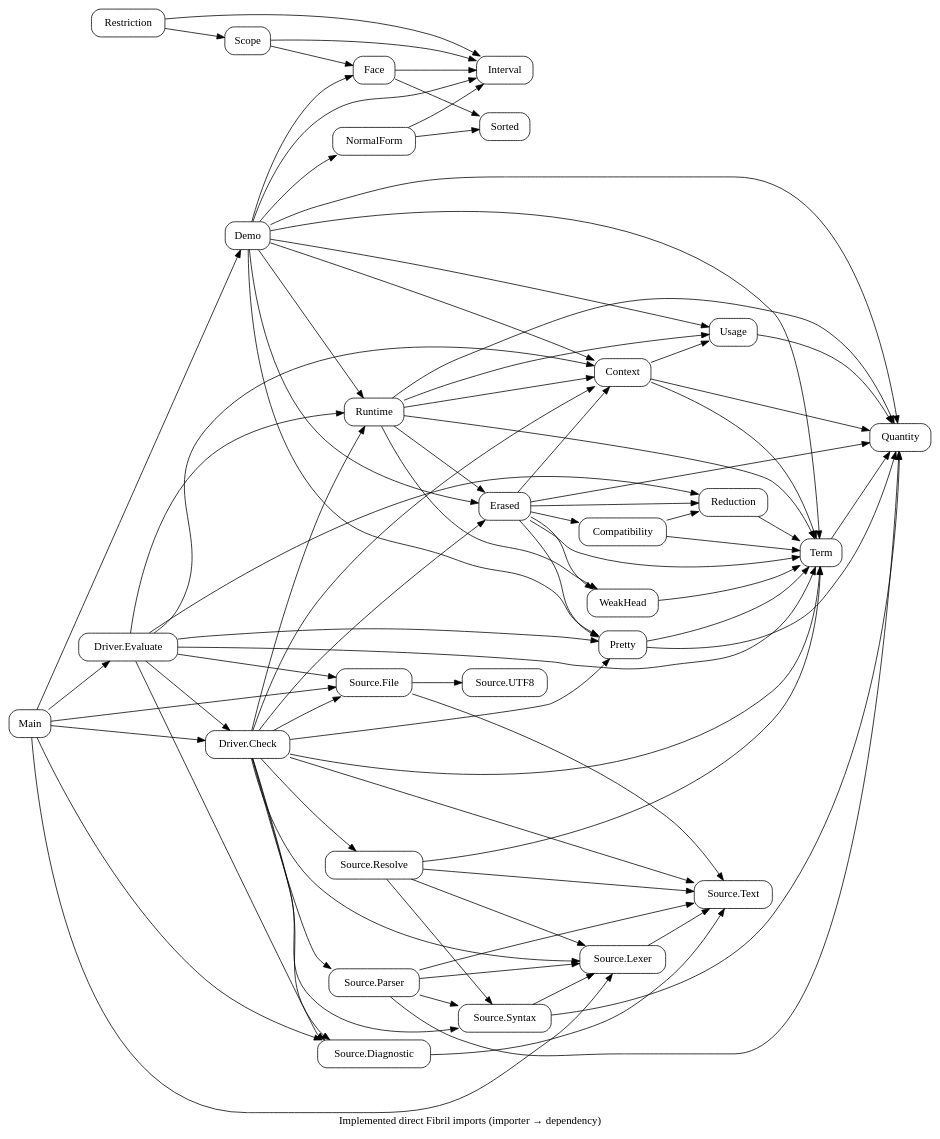
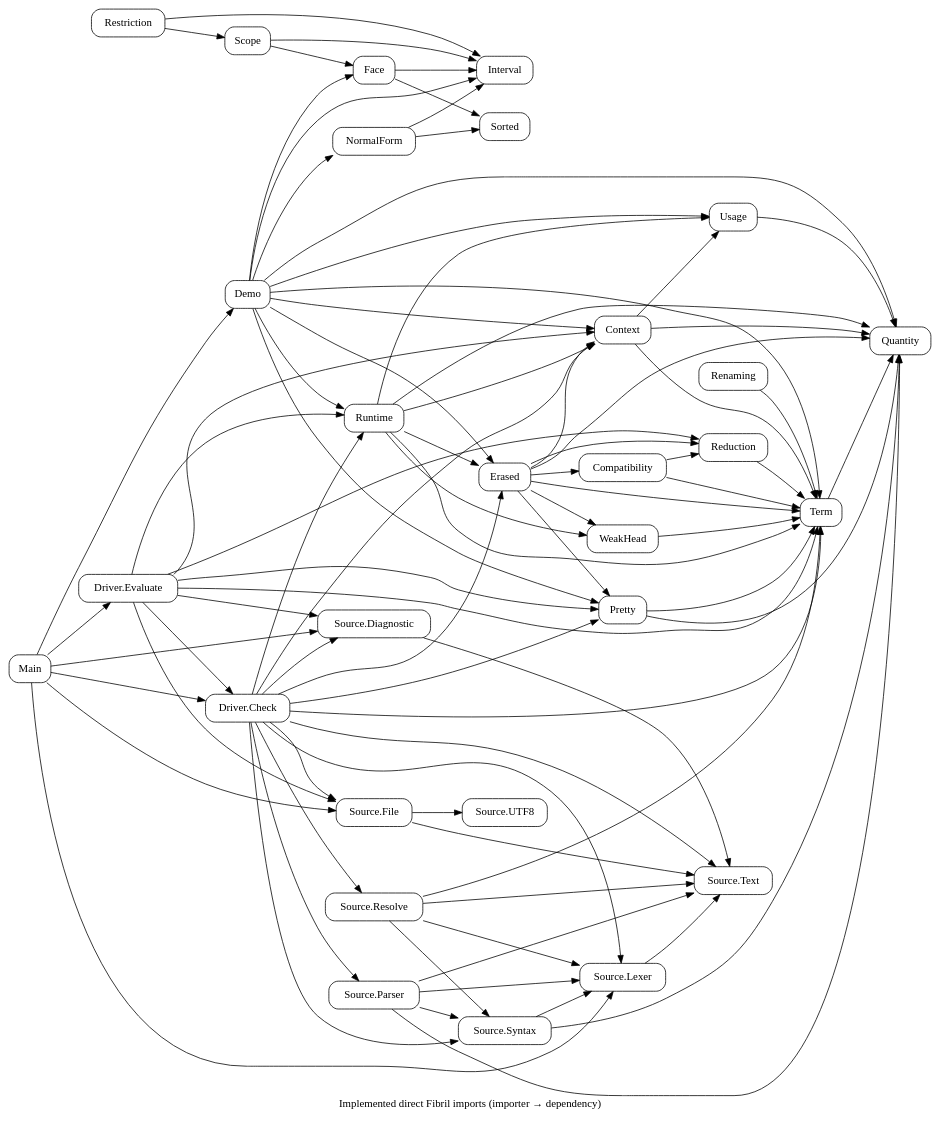
Before and after one commit to odunboye/fibril: the diagram in docs/diagrams/modules.dot, drawn with Graphviz. The commit also changed 15 other files, not shown here.

```diff
--- a/docs/diagrams/modules.dot
+++ b/docs/diagrams/modules.dot
@@ -1,25 +1,26 @@
 digraph Modules {
 rankdir=LR; node [shape=box,style=rounded];
 "Source.File" -> {"Source.UTF8" "Source.Text"};
 Main -> {"Source.File" "Source.Lexer" "Source.Diagnostic"};
 "Source.Diagnostic" -> "Source.Text";
 "Source.Lexer" -> "Source.Text";
 "Source.Syntax" -> {Quantity "Source.Lexer"};
 "Source.Parser" -> {Quantity "Source.Text" "Source.Lexer" "Source.Syntax"};
 "Source.Resolve" -> {Term "Source.Text" "Source.Lexer" "Source.Syntax"};
 "Driver.Check" -> {"Source.Text" "Source.Lexer" "Source.Syntax" "Source.Parser" "Source.Resolve" "Source.File" "Source.Diagnostic" Term Context Pretty Erased Runtime};
 Main -> {"Driver.Check" "Driver.Evaluate"};
 "Driver.Evaluate" -> {Context Term Pretty Reduction Runtime "Source.File" "Source.Diagnostic" "Driver.Check"};
 Quantity; Interval; NormalForm; Face; Scope; Restriction; Term;
 NormalForm -> {Interval Sorted}; Face -> {Interval Sorted};
 Scope -> {Interval Face}; Restriction -> {Interval Scope};
 Demo -> {Quantity Term Context Usage Pretty Erased Runtime Interval NormalForm Face};
 Main -> Demo;
 Pretty -> {Quantity Term};
 Term -> Quantity; Usage -> Quantity; Context -> {Quantity Term Usage};
 Reduction -> Term; WeakHead -> Term;
 Compatibility -> {Term Reduction};
+Renaming -> Term;
 Erased -> {Quantity Term Pretty Context Compatibility WeakHead Reduction};
 Runtime -> {Quantity Term Context Usage WeakHead Erased};
 label="Implemented direct Fibril imports (importer → dependency)";
 }
```
